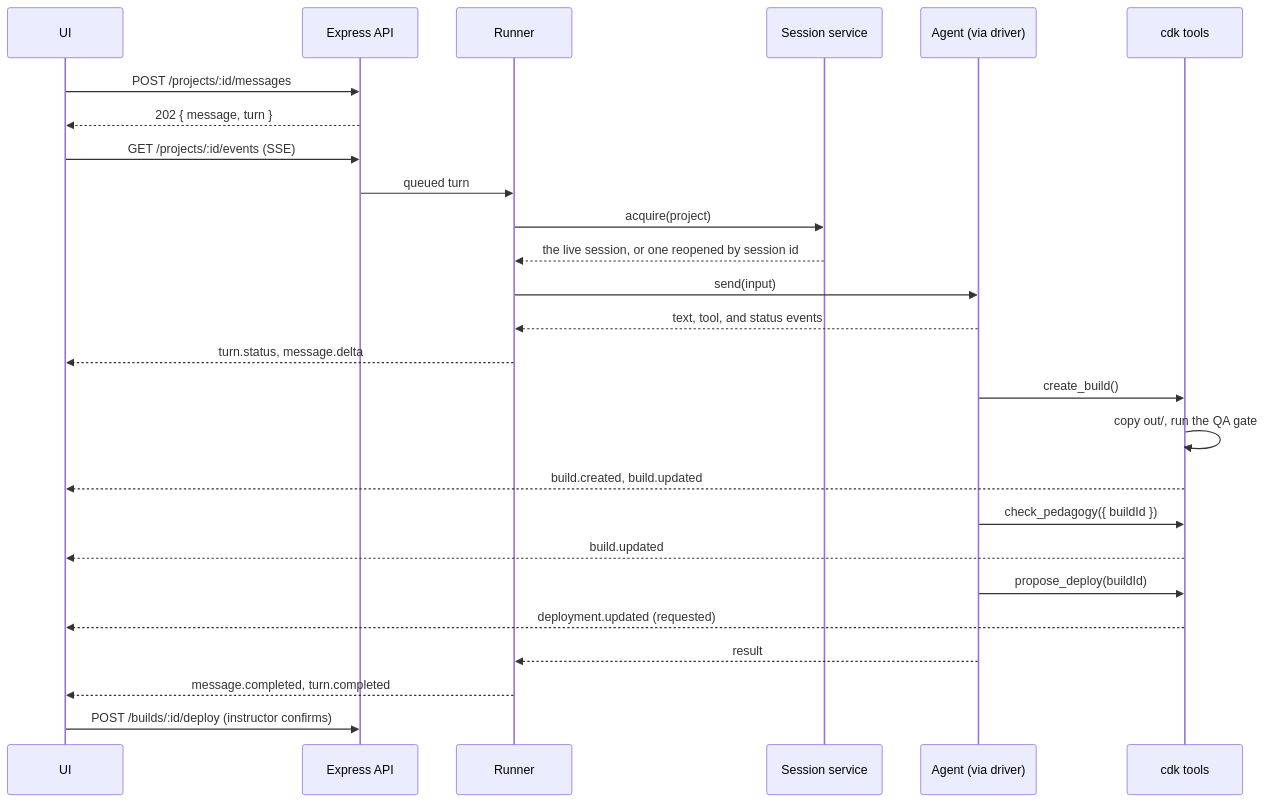
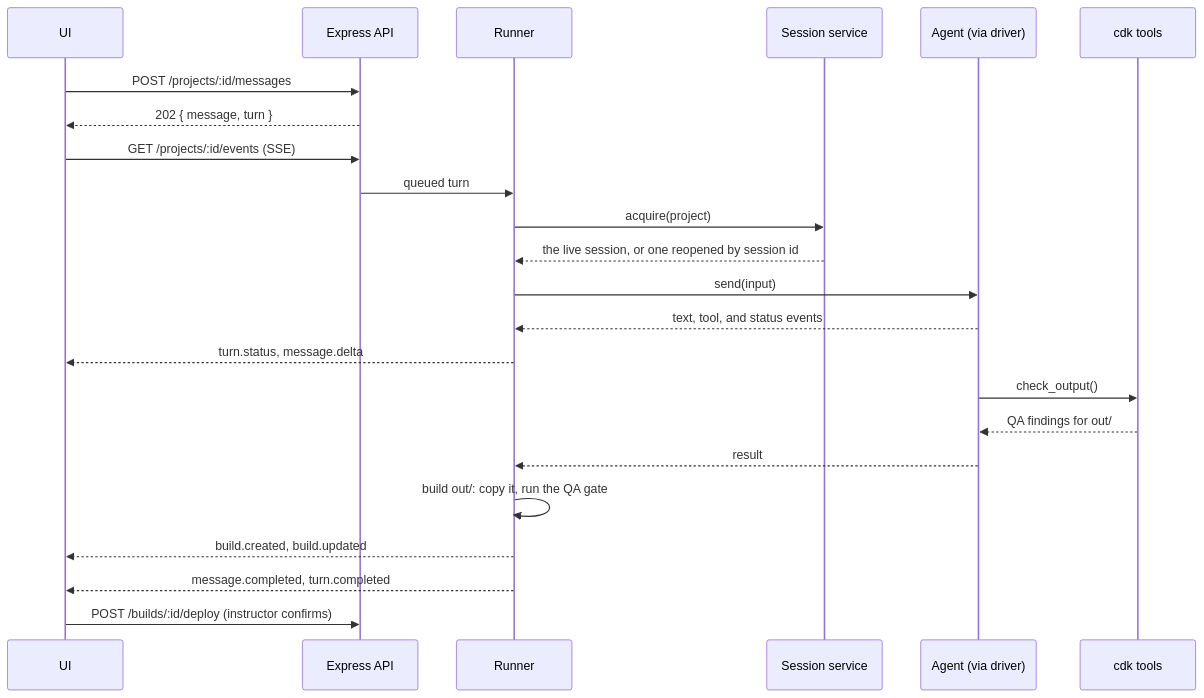
Before and after one commit to Wolftank/D2L-Brightspace-Content-Development-Kit: the diagram in docs/architecture.md, drawn with Mermaid. The commit also changed other lines of this file and 31 other files, not shown here.

First line of the commit message:
feat: CDK tools for the agent, and no shell (B21, B22)

````diff
--- a/docs/architecture.md
+++ b/docs/architecture.md
@@ -184,28 +184,25 @@
 ```mermaid
 sequenceDiagram
   participant UI
   participant API as Express API
   participant Runner
   participant Sessions as Session service
   participant Agent as Agent (via driver)
   participant Tools as cdk tools
   UI->>API: POST /projects/:id/messages
   API-->>UI: 202 { message, turn }
   UI->>API: GET /projects/:id/events (SSE)
   API->>Runner: queued turn
   Runner->>Sessions: acquire(project)
   Sessions-->>Runner: the live session, or one reopened by session id
   Runner->>Agent: send(input)
   Agent-->>Runner: text, tool, and status events
   Runner-->>UI: turn.status, message.delta
-  Agent->>Tools: create_build()
-  Tools->>Tools: copy out/, run the QA gate
-  Tools-->>UI: build.created, build.updated
-  Agent->>Tools: check_pedagogy({ buildId })
-  Tools-->>UI: build.updated
-  Agent->>Tools: propose_deploy(buildId)
-  Tools-->>UI: deployment.updated (requested)
+  Agent->>Tools: check_output()
+  Tools-->>Agent: QA findings for out/
   Agent-->>Runner: result
+  Runner->>Runner: build out/: copy it, run the QA gate
+  Runner-->>UI: build.created, build.updated
   Runner-->>UI: message.completed, turn.completed
   UI->>API: POST /builds/:id/deploy (instructor confirms)
 ```
````
